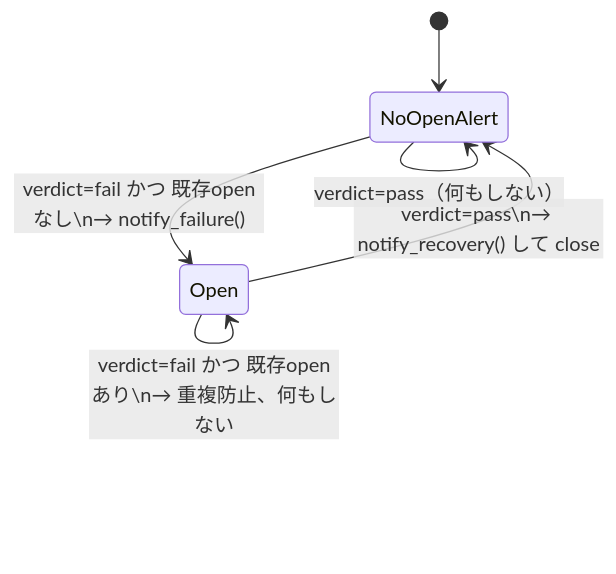
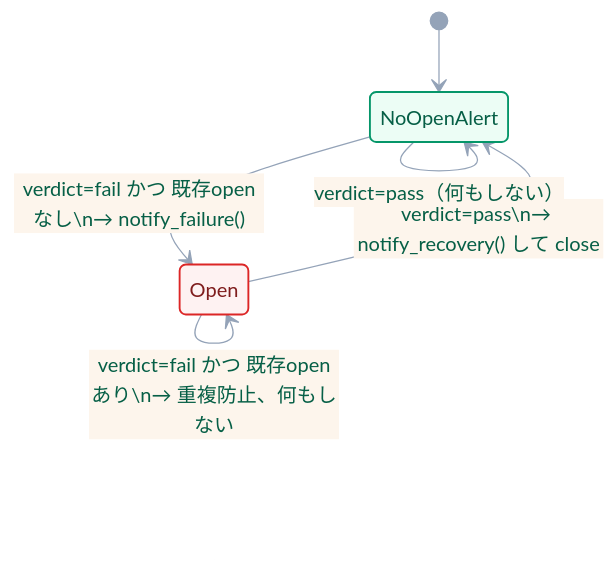
The sixth of 7 diagrams in docs/ARCHITECTURE.md (manato1201/VisualRegressionQATool), drawn with Mermaid before and after one commit. The commit also changed other lines of this file and 18 other files, not shown here.

First line of the commit message:
CaptureAgent の共通インターフェース(Unity/Houdini)を追加し、図に色を付けた

````diff
--- a/docs/ARCHITECTURE.md
+++ b/docs/ARCHITECTURE.md
@@ -217,8 +264,15 @@
 ```mermaid
+%%{init: {'theme': 'base', 'themeVariables': { 'primaryColor': '#ecfdf5', 'primaryBorderColor': '#059669', 'primaryTextColor': '#065f46', 'lineColor': '#94a3b8', 'fontFamily': 'Inter, sans-serif' }}}%%
 stateDiagram-v2
     [*] --> NoOpenAlert
     NoOpenAlert --> Open: verdict=fail かつ 既存openなし\n→ notify_failure()
     Open --> Open: verdict=fail かつ 既存openあり\n→ 重複防止、何もしない
     Open --> NoOpenAlert: verdict=pass\n→ notify_recovery() して close
     NoOpenAlert --> NoOpenAlert: verdict=pass（何もしない）
+
+    classDef openState fill:#fef2f2,stroke:#dc2626,stroke-width:1.5px,color:#7f1d1d;
+    classDef noAlertState fill:#ecfdf5,stroke:#059669,stroke-width:1.5px,color:#065f46;
+
+    class Open openState
+    class NoOpenAlert noAlertState
 ```
````
